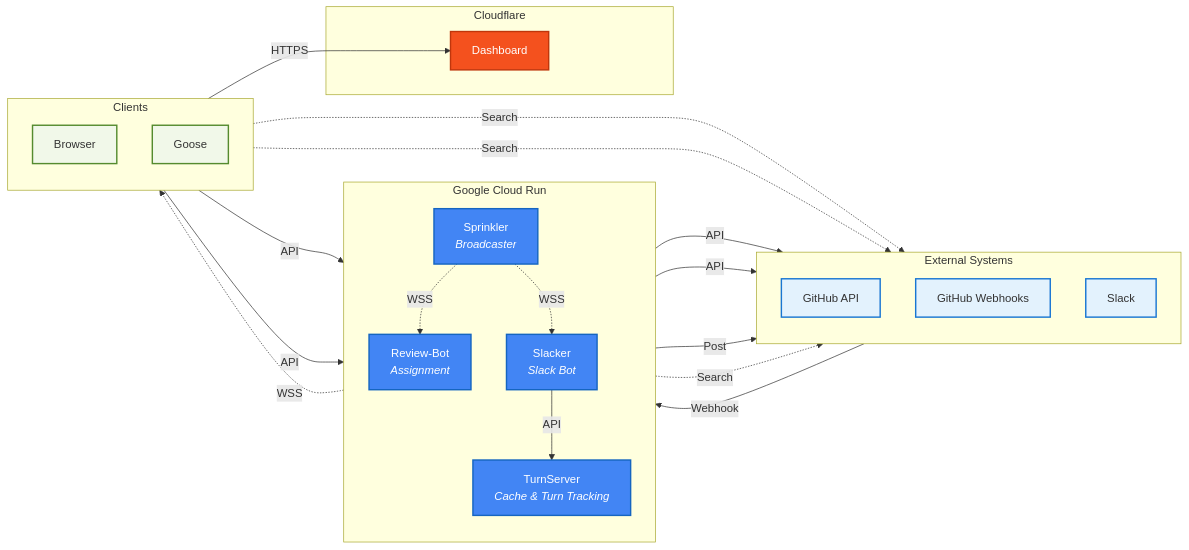
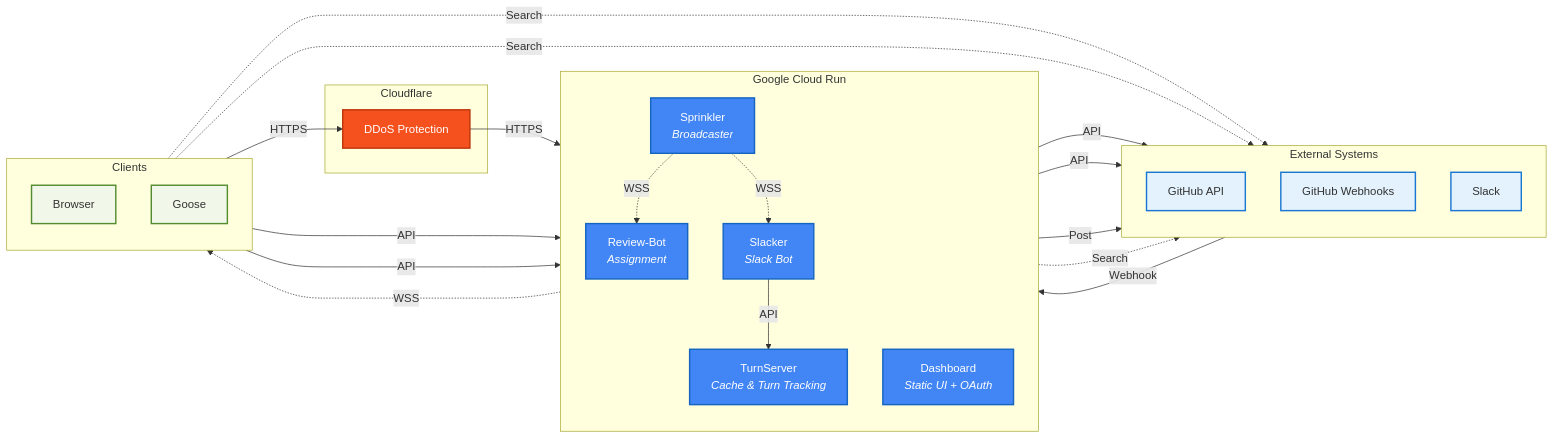
Before and after one commit to codeGROOVE-dev/architecture: the first of 3 diagrams in README.md, drawn with Mermaid. The commit also changed other lines of this file, not shown here.

Commit message:
clarify dashboard role

````diff
--- a/README.md
+++ b/README.md
@@ -13,57 +13,59 @@
 ```mermaid
 flowchart LR
     subgraph External["External Systems"]
         direction TB
         GH["GitHub API"]
         WHooks["GitHub Webhooks"]
         Slack["Slack"]
     end
 
     subgraph GCR["Google Cloud Run"]
         direction TB
         Sprinkler["Sprinkler<br/><i>Broadcaster</i>"]
         ReviewBot["Review-Bot<br/><i>Assignment</i>"]
         Slacker["Slacker<br/><i>Slack Bot</i>"]
         TurnServer["TurnServer<br/><i>Cache & Turn Tracking</i>"]
+        Dashboard["Dashboard<br/><i>Static UI + OAuth</i>"]
     end
 
     subgraph CF["Cloudflare"]
-        Dashboard["Dashboard"]
+        CFProxy["DDoS Protection"]
     end
 
     subgraph Clients["Clients"]
         direction TB
         Browser["Browser"]
         Goose["Goose"]
     end
 
     WHooks -->|Webhook| Sprinkler
 
     Sprinkler -.->|WSS| ReviewBot
     Sprinkler -.->|WSS| Goose
     Sprinkler -.->|WSS| Slacker
 
     ReviewBot -->|API| GH
     TurnServer -->|API| GH
 
     Goose -->|API| TurnServer
     Slacker -->|API| TurnServer
     Browser -->|API| TurnServer
 
-    Browser -->|HTTPS| Dashboard
+    Browser -->|HTTPS| CFProxy
+    CFProxy -->|HTTPS| Dashboard
     Slacker -->|Post| Slack
 
     Browser -.->|Search| GH
     Goose -.->|Search| GH
     Slacker -.->|Search| GH
 
     classDef external fill:#e3f2fd,stroke:#1976d2,stroke-width:2px
     classDef cloudrun fill:#4285f4,stroke:#1565c0,stroke-width:2px,color:#fff
     classDef cloudflare fill:#f4511e,stroke:#bf360c,stroke-width:2px,color:#fff
     classDef client fill:#f1f8e9,stroke:#558b2f,stroke-width:2px
 
     class GH,WHooks,Slack external
-    class Sprinkler,ReviewBot,Slacker,TurnServer cloudrun
-    class Dashboard cloudflare
+    class Sprinkler,ReviewBot,Slacker,TurnServer,Dashboard cloudrun
+    class CFProxy cloudflare
     class Browser,Goose client
 ```
````
